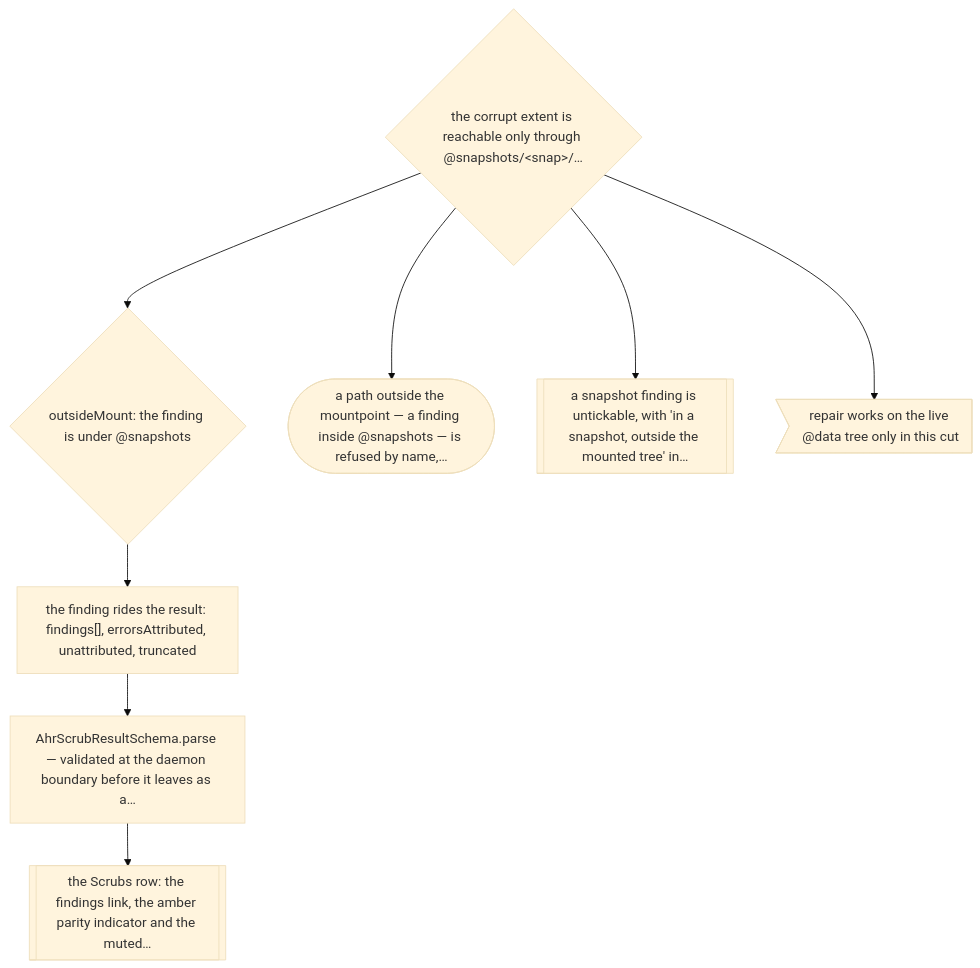
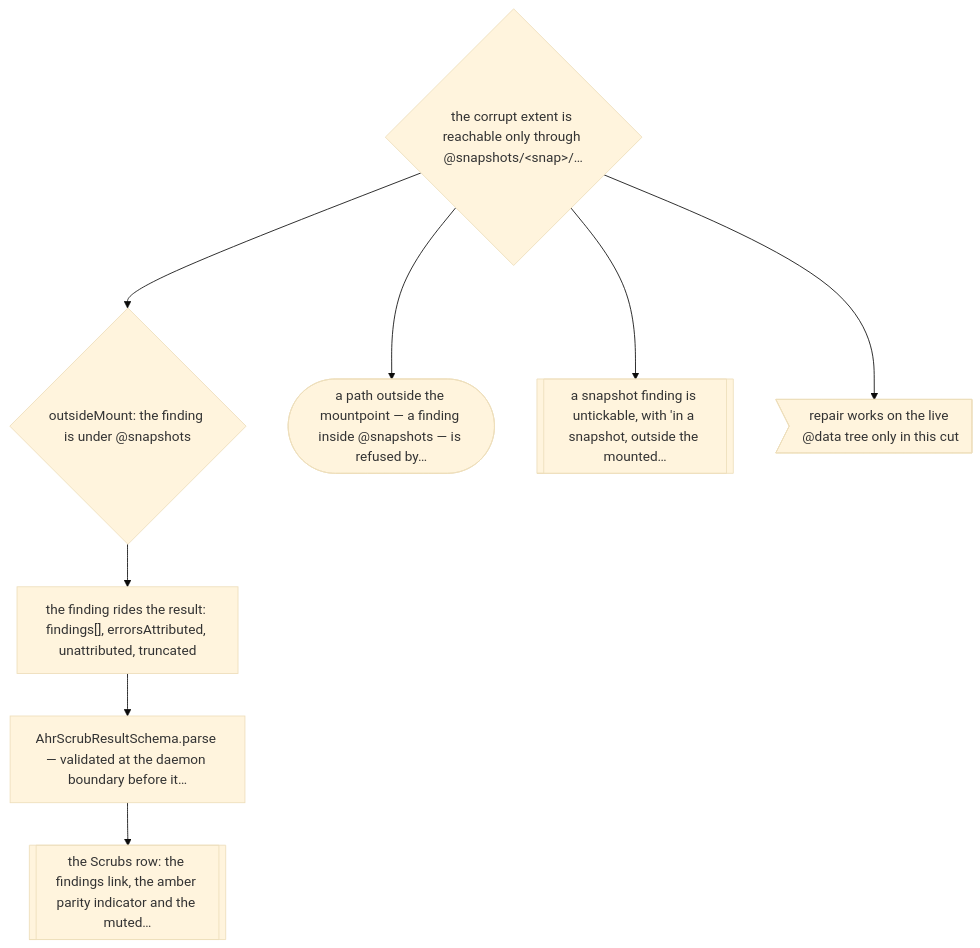
One commit to devn-ch/anas changed the eighth of 24 diagrams in docs/AHR-SELF-HEAL-DECISION-TREE.md. Above: the diagram before and after it, drawn with Mermaid (base theme). The commit also changed other lines of this file and 22 other files, not shown here.

````diff
--- a/docs/AHR-SELF-HEAL-DECISION-TREE.md
+++ b/docs/AHR-SELF-HEAL-DECISION-TREE.md
@@ -797,18 +852,18 @@
 ```mermaid
 flowchart TD
   X8{"the corrupt extent is reachable only through @snapshots/&lt;snap&gt;/…"}
   S49{"outsideMount: the finding is under @snapshots"}
-  RT06b(["a path outside the mountpoint — a finding inside @snapshots — is refused by name,…"])
-  U06[["a snapshot finding is untickable, with 'in a snapshot, outside the mounted tree' in…"]]
+  RT06b(["a path outside the mountpoint — a finding inside @snapshots — is refused by…"])
+  U06[["a snapshot finding is untickable, with 'in a snapshot, outside the mounted…"]]
   X8r>"repair works on the live @data tree only in this cut"]
   S50["the finding rides the result: findings[], errorsAttributed, unattributed, truncated"]
-  S60["AhrScrubResultSchema.parse — validated at the daemon boundary before it leaves as a…"]
+  S60["AhrScrubResultSchema.parse — validated at the daemon boundary before it…"]
   S64[["the Scrubs row: the findings link, the amber parity indicator and the muted…"]]
   X8 --> S49
   X8 --> RT06b
   X8 --> U06
   X8 --> X8r
   S49 --> S50
   S50 --> S60
   S60 --> S64
 ```
````
